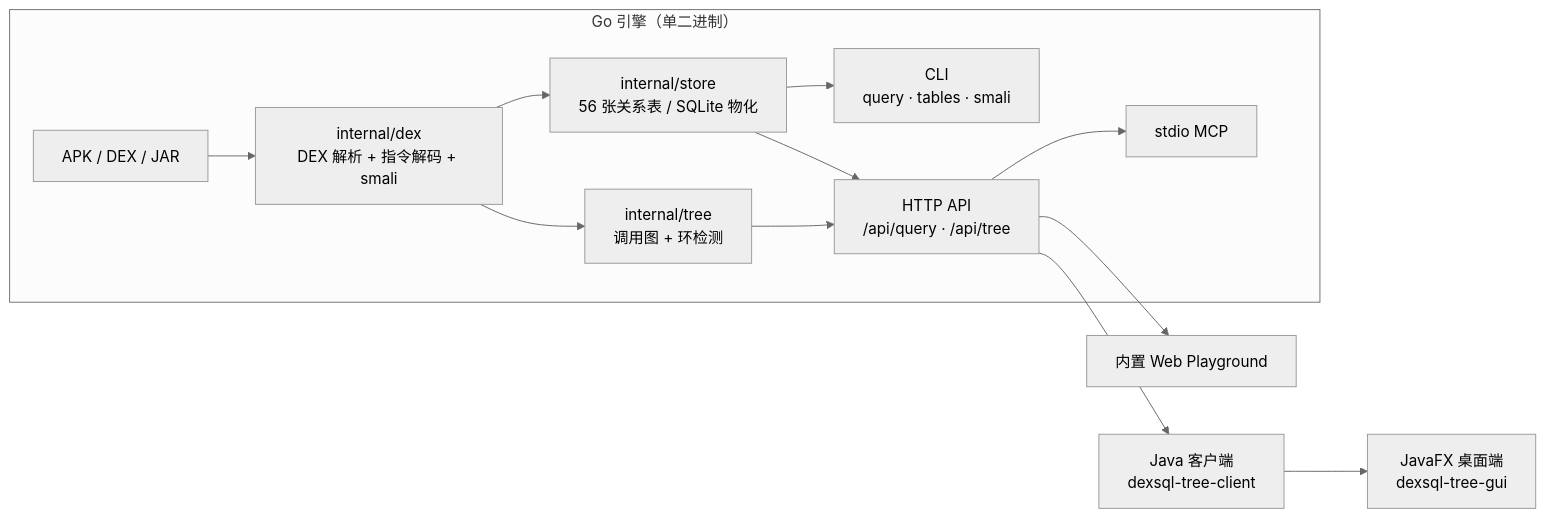
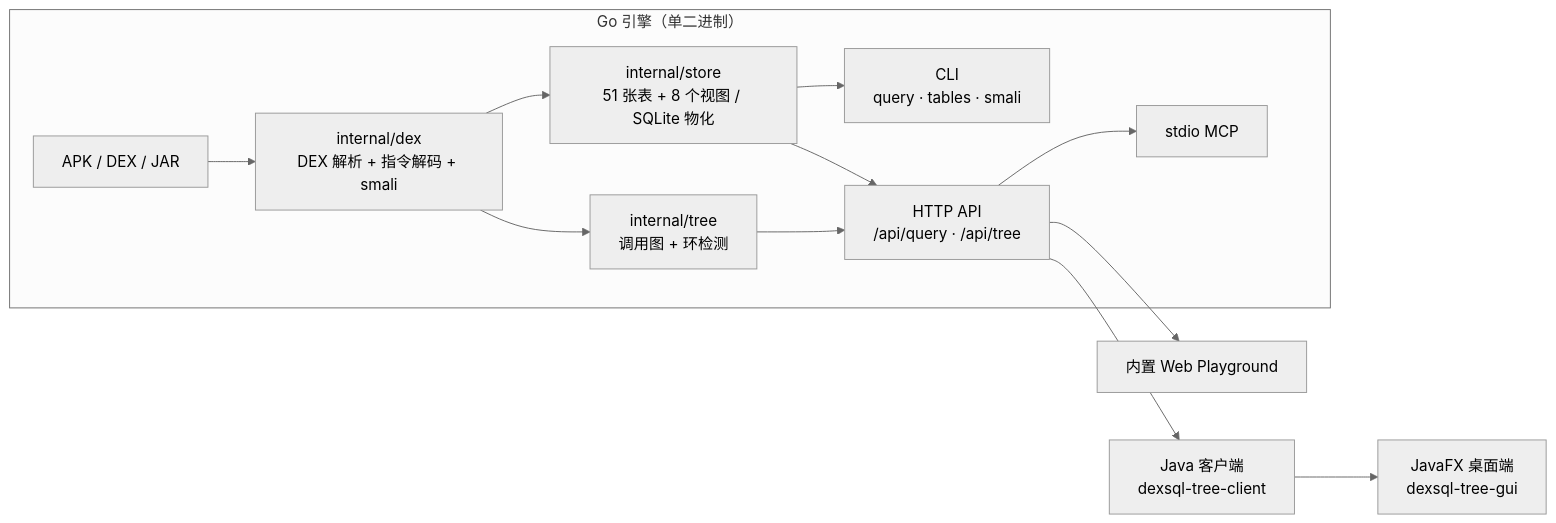
Before and after one commit to ByUsiStudio/DexSQL-Tree: the diagram in README.md, drawn with Mermaid (neutral theme). The commit also changed other lines of this file and 25 other files, not shown here.

````diff
--- a/README.md
+++ b/README.md
@@ -42,15 +42,15 @@
 ```mermaid
 flowchart LR
     subgraph Go["Go 引擎（单二进制）"]
         A["APK / DEX / JAR"] --> B["internal/dex<br/>DEX 解析 + 指令解码 + smali"]
-        B --> C["internal/store<br/>56 张关系表 / SQLite 物化"]
+        B --> C["internal/store<br/>51 张表 + 8 个视图 / SQLite 物化"]
         C --> D["CLI<br/>query · tables · smali"]
         C --> E["HTTP API<br/>/api/query · /api/tree"]
         B --> F["internal/tree<br/>调用图 + 环检测"]
         F --> E
         E --> G["stdio MCP"]
     end
     E --> H["Java 客户端<br/>dexsql-tree-client"]
     H --> I["JavaFX 桌面端<br/>dexsql-tree-gui"]
     E --> J["内置 Web Playground"]
 ```
````
